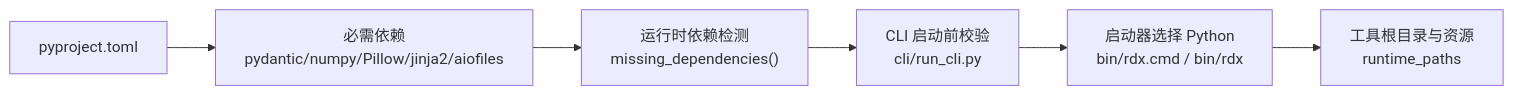
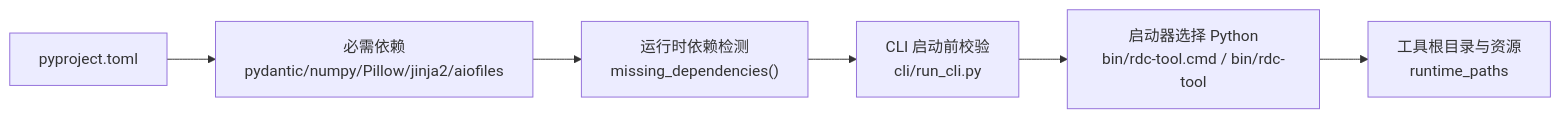
Before and after one commit to haolange/RDC-Tool: the third of 3 diagrams in .qoder/repowiki/zh/content/快速开始.md, drawn with Mermaid. The commit also changed other lines of this file and 388 other files, not shown here.

First line of the commit message:
Release RDC-Tool identity and public maintenance surface

````diff
--- a/.qoder/repowiki/zh/content/快速开始.md
+++ b/.qoder/repowiki/zh/content/快速开始.md
@@ -275,8 +275,8 @@
 ```mermaid
 graph LR
 P["pyproject.toml"] --> D["必需依赖<br/>pydantic/numpy/Pillow/jinja2/aiofiles"]
 D --> R["运行时依赖检测<br/>missing_dependencies()"]
 R --> C["CLI 启动前校验<br/>cli/run_cli.py"]
-C --> L["启动器选择 Python<br/>bin/rdx.cmd / bin/rdx"]
+C --> L["启动器选择 Python<br/>bin/rdc-tool.cmd / bin/rdc-tool"]
 L --> T["工具根目录与资源<br/>runtime_paths"]
 ```
````
